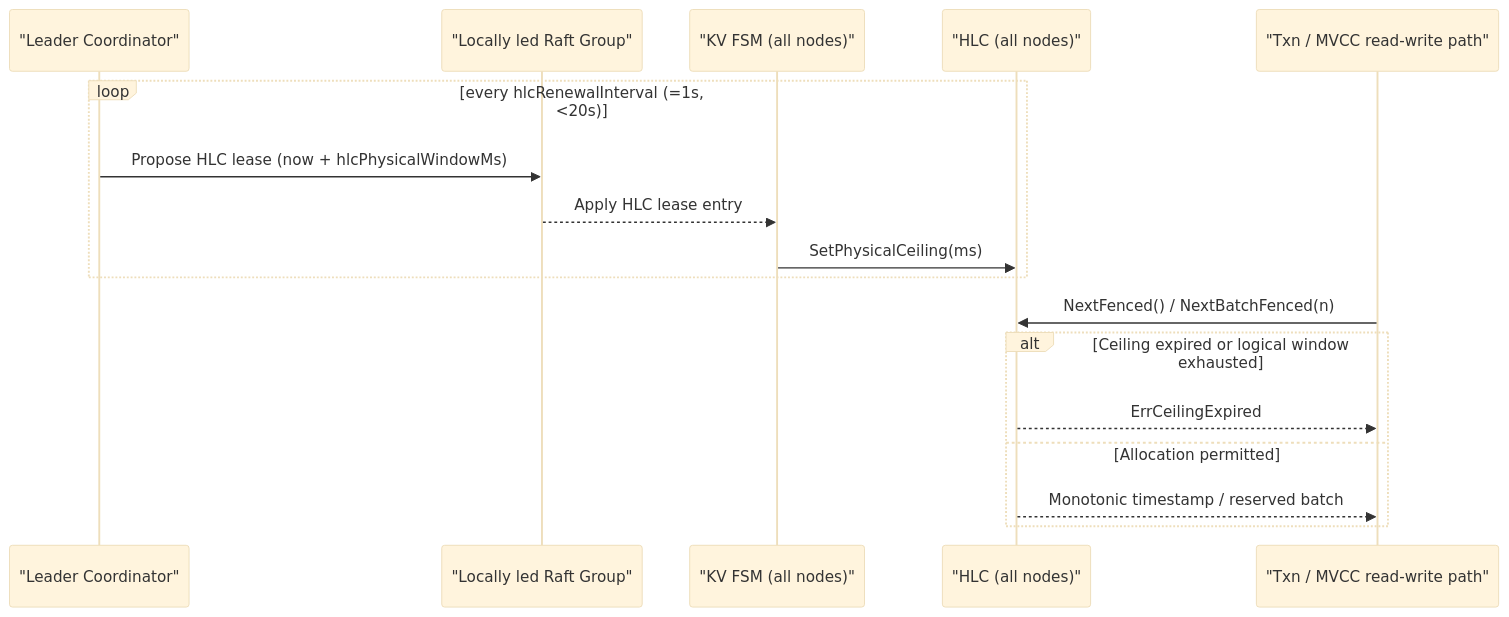
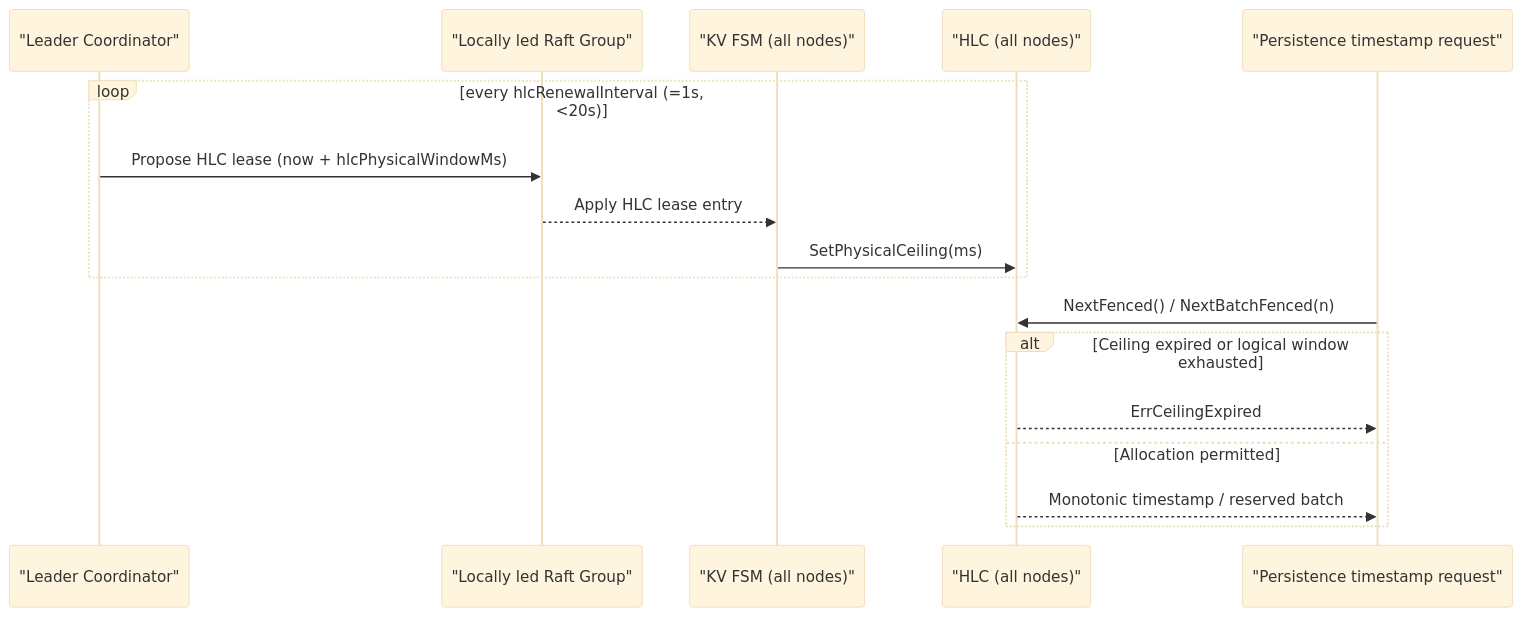
Before and after one commit to bootjp/elastickv: the fourth of 4 diagrams in docs/architecture_overview.md, drawn with Mermaid (base theme). The commit also changed other lines of this file and 2 other files, not shown here.

Commit message:
docs: align recovery and timestamp details with runtime

````diff
--- a/docs/architecture_overview.md
+++ b/docs/architecture_overview.md
@@ -204,21 +205,21 @@
 ```mermaid
 sequenceDiagram
   participant L as "Leader Coordinator"
   participant RG as "Locally led Raft Group"
   participant F as "KV FSM (all nodes)"
   participant H as "HLC (all nodes)"
-  participant Tx as "Txn / MVCC read-write path"
+  participant Tx as "Persistence timestamp request"
 
   loop every hlcRenewalInterval (=1s, <20s)
     L->>RG: Propose HLC lease (now + hlcPhysicalWindowMs)
     RG-->>F: Apply HLC lease entry
     F->>H: SetPhysicalCeiling(ms)
   end
 
   Tx->>H: NextFenced() / NextBatchFenced(n)
   alt Ceiling expired or logical window exhausted
     H-->>Tx: ErrCeilingExpired
   else Allocation permitted
     H-->>Tx: Monotonic timestamp / reserved batch
   end
 ```
````
